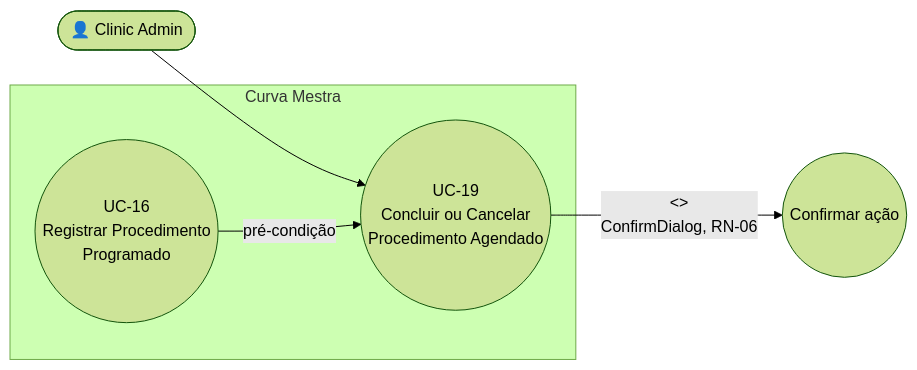
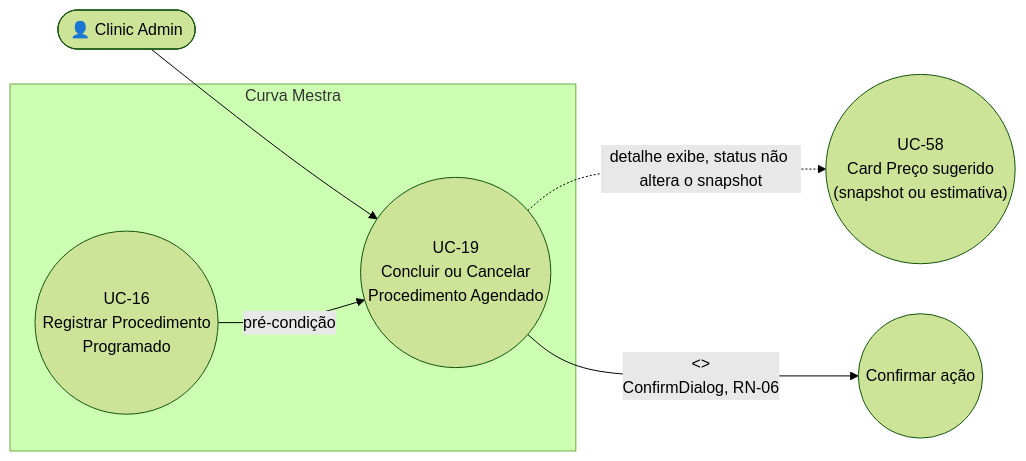
One commit to GScandelari/curva_mestra_system changed the diagram in ONLY_FOR_DEVS/PO_BA_Docs/UC-19-concluir-ou-cancelar-procedimento-agendado.md. Above: the diagram before and after it, drawn with Mermaid (forest theme). The commit also changed other lines of this file and 8 other files, not shown here.

````diff
--- a/ONLY_FOR_DEVS/PO_BA_Docs/UC-19-concluir-ou-cancelar-procedimento-agendado.md
+++ b/ONLY_FOR_DEVS/PO_BA_Docs/UC-19-concluir-ou-cancelar-procedimento-agendado.md
@@ -16,13 +16,16 @@
 ```mermaid
 flowchart LR
     ClinicAdmin([👤 Clinic Admin])
 
     subgraph Sistema["Curva Mestra"]
         UC16(("UC-16\nRegistrar Procedimento\nProgramado"))
         UC19(("UC-19\nConcluir ou Cancelar\nProcedimento Agendado"))
     end
 
+    UC58(("UC-58\nCard Preço sugerido\n(snapshot ou estimativa)"))
+
     ClinicAdmin --> UC19
     UC16 -->|pré-condição| UC19
+    UC19 -.->|"detalhe exibe, status não altera o snapshot"| UC58
     UC19 -->|"<<include>>\nConfirmDialog, RN-06"| Confirm(("Confirmar ação"))
 ```
````
